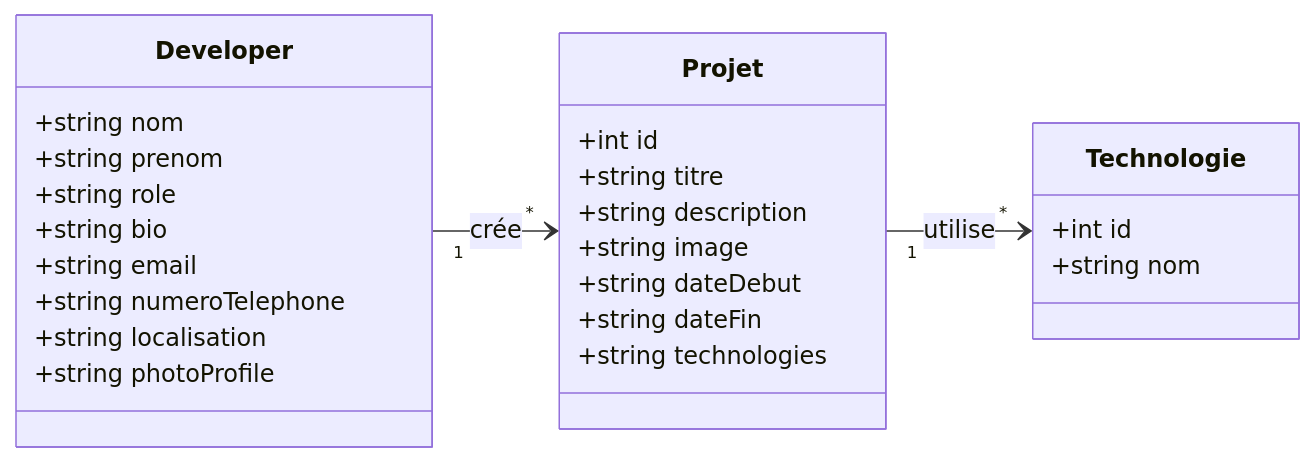
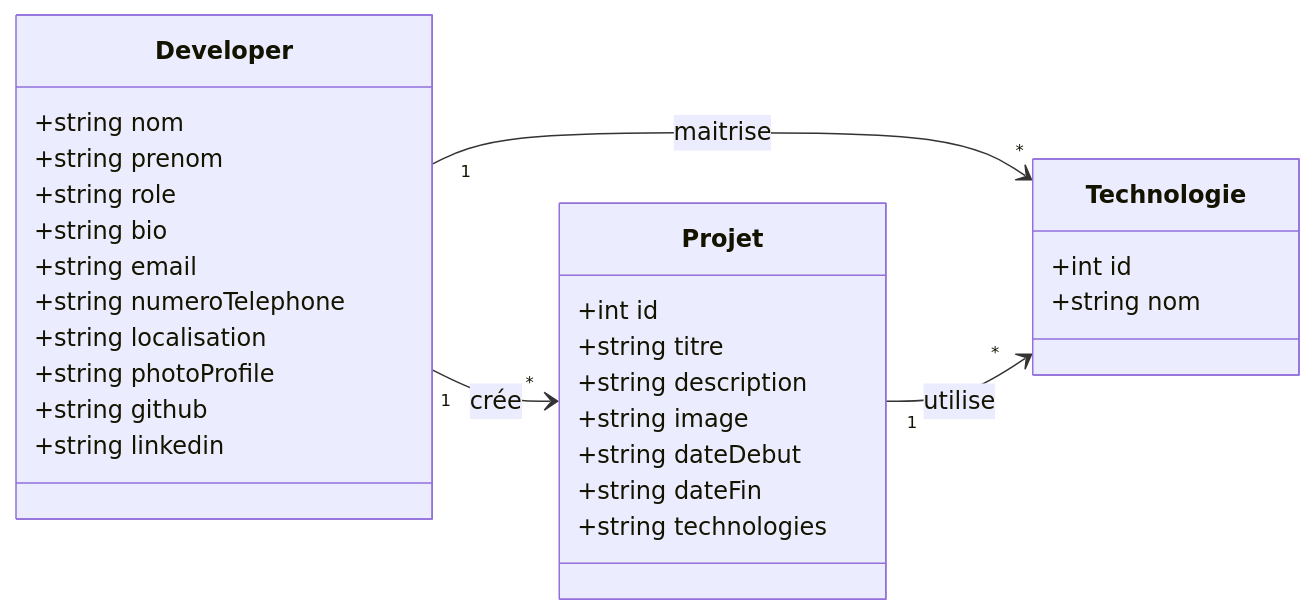
Before and after one commit to salma-dev123/Portfolio: the diagram in conception/diagram_class.mmd, drawn with Mermaid. The commit also changed 1 other file, not shown here.

Commit message:
update diagramm class and presentation

```diff
--- a/conception/diagram_class.mmd
+++ b/conception/diagram_class.mmd
@@ -1,32 +1,35 @@
 classDiagram
     direction LR
 
     class Developer {
         +string nom
         +string prenom
         +string role
         +string bio
         +string email
         +string numeroTelephone
         +string localisation
         +string photoProfile
+        +string github
+        +string linkedin
     }
 
     class Projet {
         +int id
         +string titre
         +string description
         +string image
         +string dateDebut
         +string dateFin
         +string technologies
     }
 
     class Technologie {
         +int id
         +string nom
     }
 
     %% Relations
     Developer "1" --> "*" Projet : crée
+    Developer "1" --> "*" Technologie : maitrise
     Projet "1" --> "*" Technologie : utilise
```
